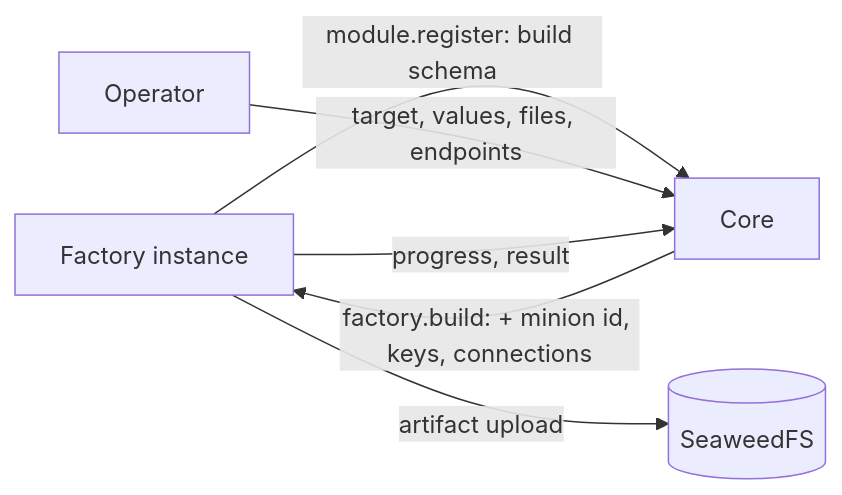
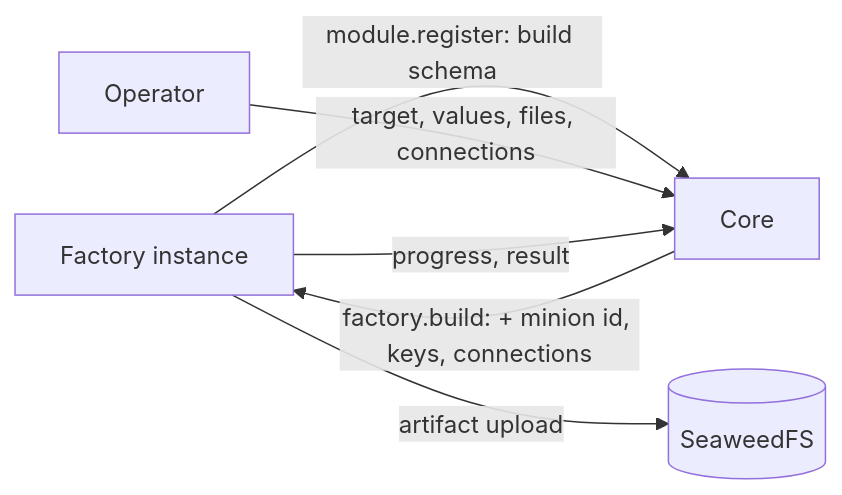
Before and after one commit to LogosCore/logos-docs: the first of 2 diagrams in src/content/docs/contracts/minion-build.md, drawn with Mermaid. The commit also changed other lines of this file and 1 other file, not shown here.

First line of the commit message:
Minion Build: connections hold their own settings

````diff
--- a/src/content/docs/contracts/minion-build.md
+++ b/src/content/docs/contracts/minion-build.md
@@ -18,8 +18,8 @@
 ```mermaid
 flowchart LR
     F[Factory instance] -- "module.register: build schema" --> CORE[Core]
-    OP[Operator] -- "target, values, files, endpoints" --> CORE
+    OP[Operator] -- "target, values, files, connections" --> CORE
     CORE -- "factory.build: + minion id, keys, connections" --> F
     F -- "progress, result" --> CORE
     F -- "artifact upload" --> S3[(SeaweedFS)]
 ```
````
